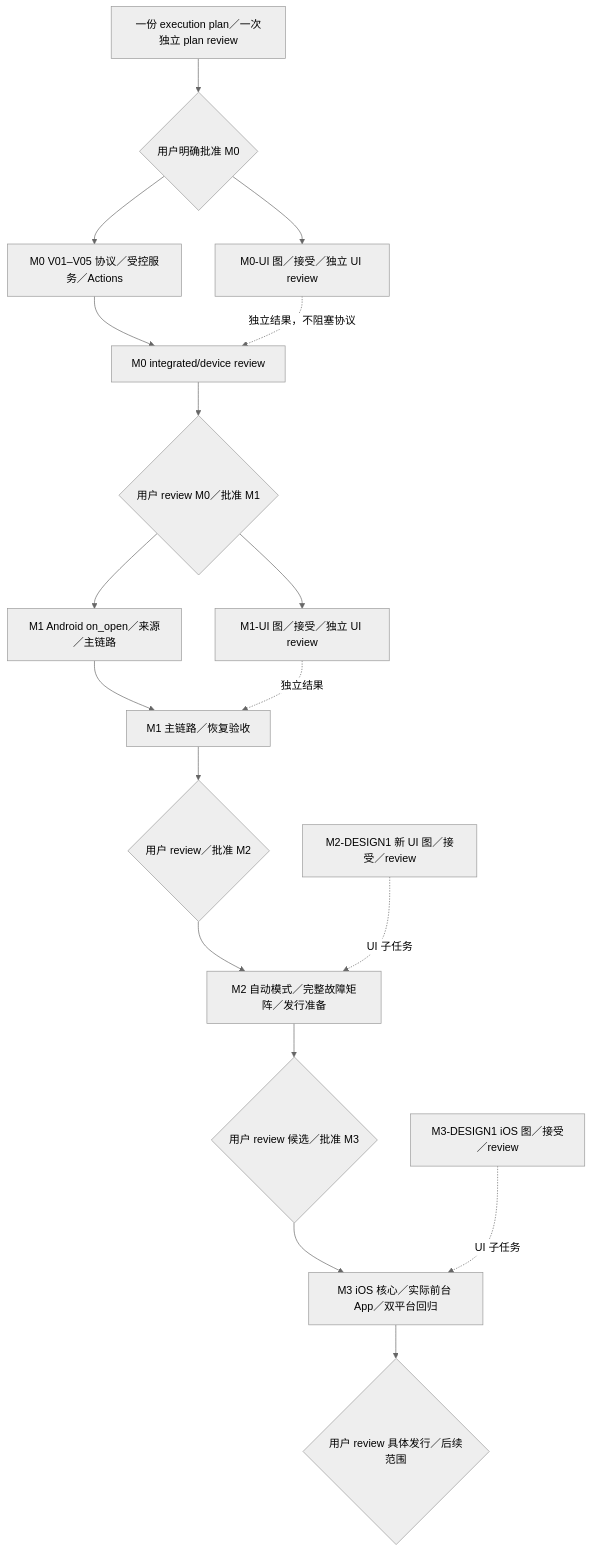
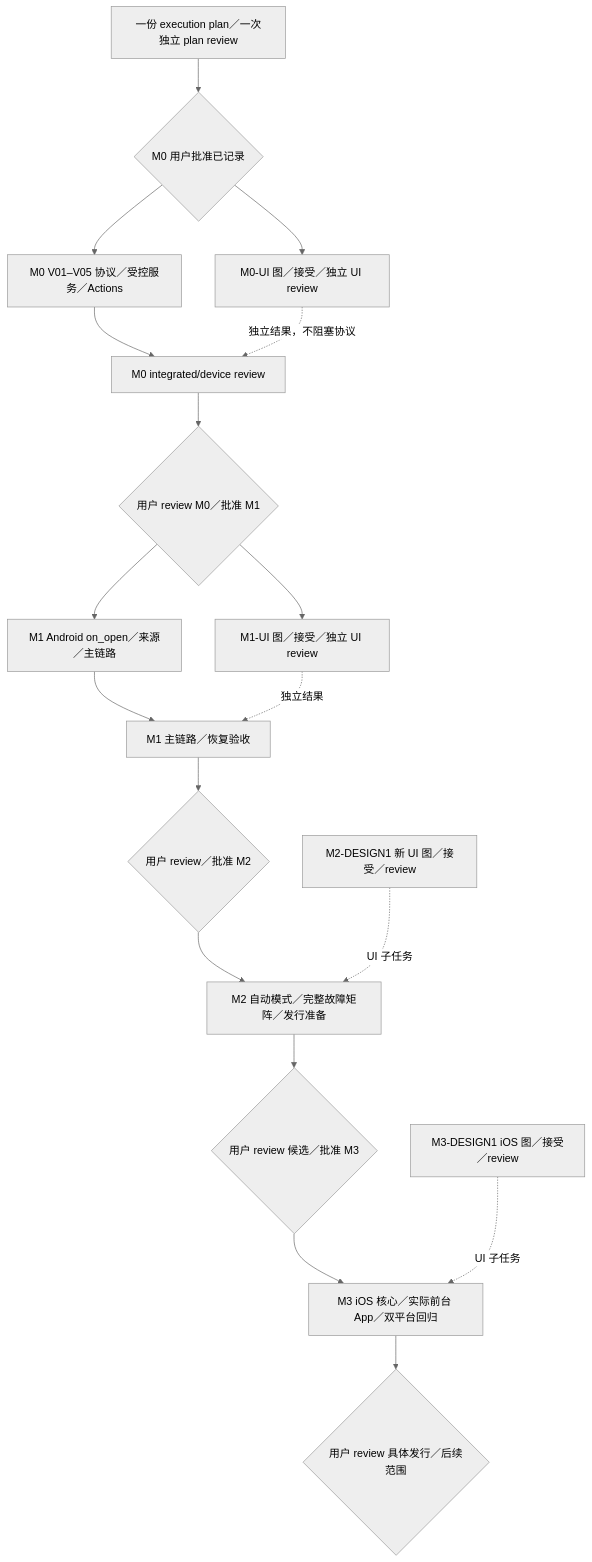
Before and after one commit to GhostFlying/ferry: the diagram in docs/implementation-plan.md, drawn with Mermaid (neutral theme). The commit also changed other lines of this file and 5 other files, not shown here.

````diff
--- a/docs/implementation-plan.md
+++ b/docs/implementation-plan.md
@@ -47,20 +47,20 @@
 ```mermaid
 flowchart TD
-    R[一份 execution plan／一次独立 plan review] --> U0{用户明确批准 M0}
+    R[一份 execution plan／一次独立 plan review] --> U0{M0 用户批准已记录}
     U0 --> M0[M0 V01–V05 协议／受控服务／Actions]
     U0 --> M0UI[M0-UI 图／接受／独立 UI review]
     M0 --> V0[M0 integrated/device review]
     M0UI -. 独立结果，不阻塞协议 .-> V0
     V0 --> U1{用户 review M0／批准 M1}
     U1 --> M1[M1 Android on_open／来源／主链路]
     U1 --> M1UI[M1-UI 图／接受／独立 UI review]
     M1 --> V1[M1 主链路／恢复验收]
     M1UI -. 独立结果 .-> V1
     V1 --> U2{用户 review／批准 M2}
     U2 --> M2[M2 自动模式／完整故障矩阵／发行准备]
     D2[M2-DESIGN1 新 UI 图／接受／review] -. UI 子任务 .-> M2
     M2 --> U3{用户 review 候选／批准 M3}
     U3 --> M3[M3 iOS 核心／实际前台 App／双平台回归]
     D3[M3-DESIGN1 iOS 图／接受／review] -. UI 子任务 .-> M3
     M3 --> U4{用户 review 具体发行／后续范围}
 ```
````
